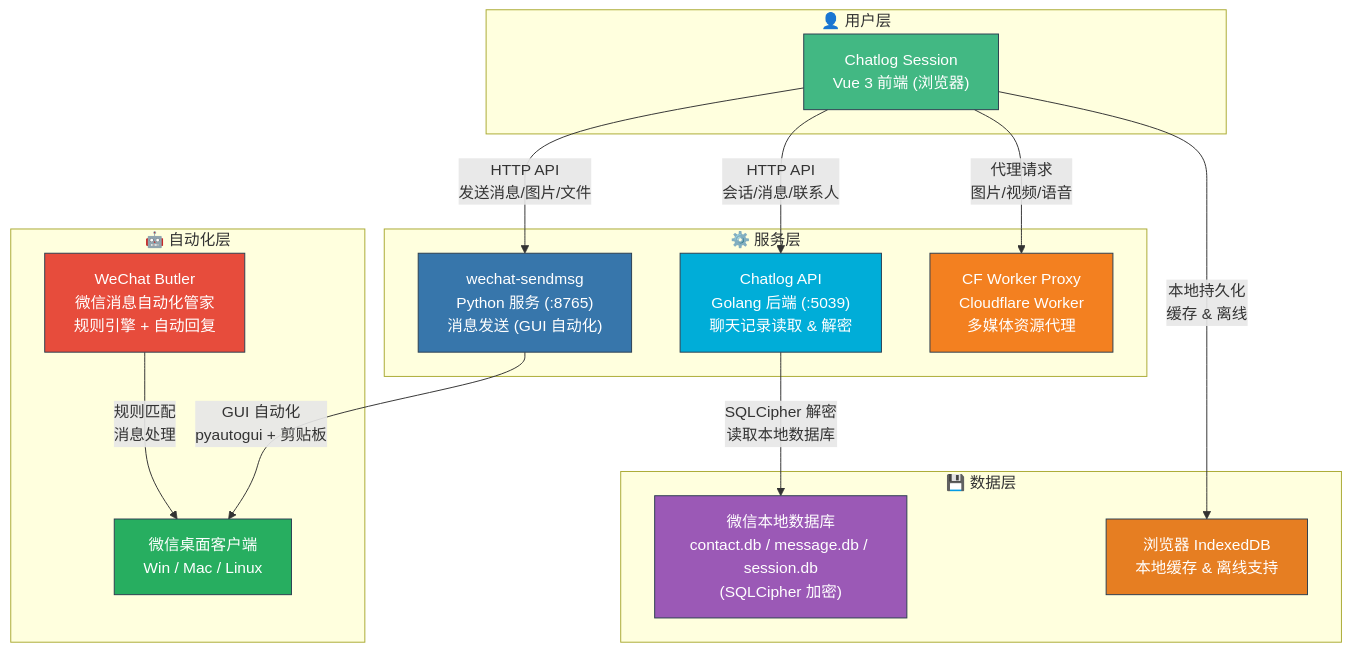
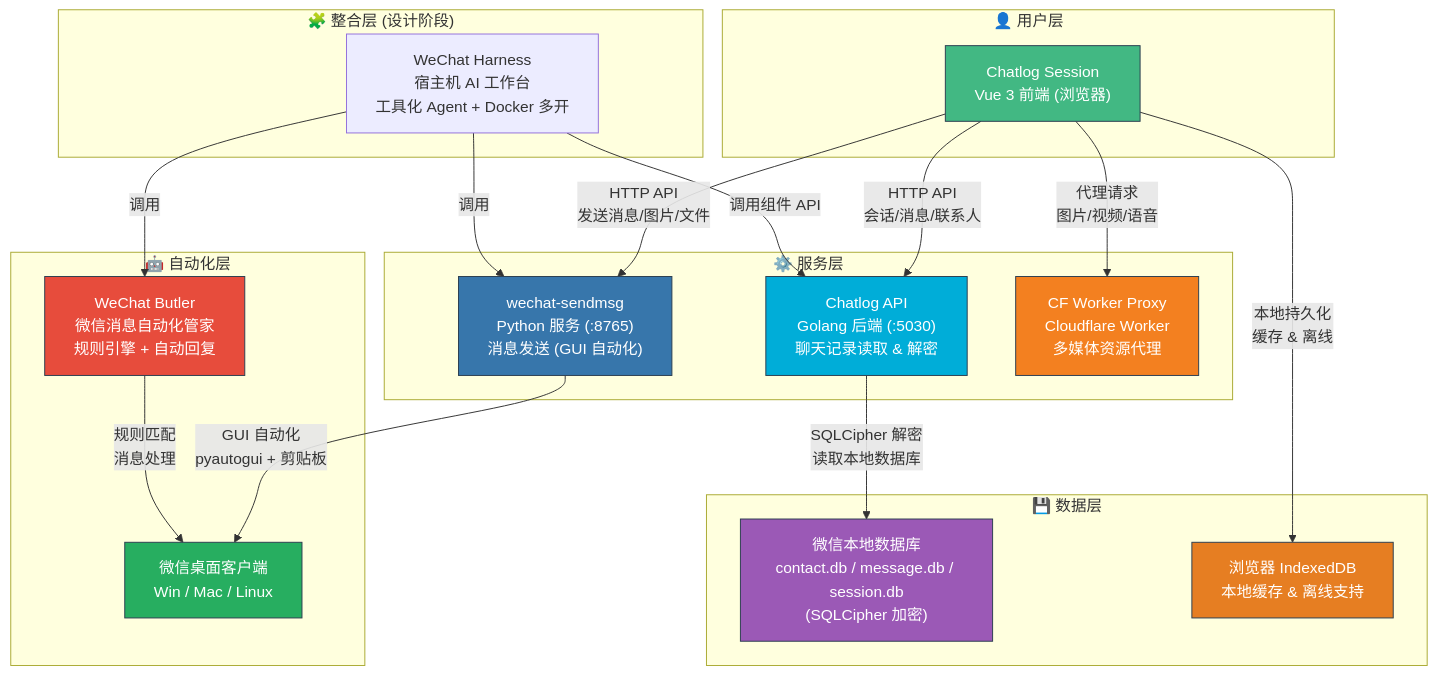
The first of 4 diagrams in docs/README.md (xlight/chatlog-session), drawn with Mermaid before and after one commit. The commit also changed other lines of this file, not shown here.

First line of the commit message:
更新文档索引与架构图

````diff
--- a/docs/README.md
+++ b/docs/README.md
@@ -11,39 +11,46 @@
 ```mermaid
 graph TB
     subgraph 用户层["👤 用户层"]
         Browser["Chatlog Session<br/>Vue 3 前端 (浏览器)"]
     end
 
     subgraph 服务层["⚙️ 服务层"]
-        ChatlogAPI["Chatlog API<br/>Golang 后端 (:5039)<br/>聊天记录读取 & 解密"]
+        ChatlogAPI["Chatlog API<br/>Golang 后端 (:5030)<br/>聊天记录读取 & 解密"]
         SendMsg["wechat-sendmsg<br/>Python 服务 (:8765)<br/>消息发送 (GUI 自动化)"]
         CFWorker["CF Worker Proxy<br/>Cloudflare Worker<br/>多媒体资源代理"]
     end
 
     subgraph 数据层["💾 数据层"]
         WeChatDB["微信本地数据库<br/>contact.db / message.db / session.db<br/>(SQLCipher 加密)"]
         IndexedDB["浏览器 IndexedDB<br/>本地缓存 & 离线支持"]
     end
 
     subgraph 自动化层["🤖 自动化层"]
         Butler["WeChat Butler<br/>微信消息自动化管家<br/>规则引擎 + 自动回复"]
         WeChatClient["微信桌面客户端<br/>Win / Mac / Linux"]
     end
 
+    subgraph 整合层["🧩 整合层 (设计阶段)"]
+        Harness["WeChat Harness<br/>宿主机 AI 工作台<br/>工具化 Agent + Docker 多开"]
+    end
+
     Browser -->|"HTTP API<br/>会话/消息/联系人"| ChatlogAPI
     Browser -->|"HTTP API<br/>发送消息/图片/文件"| SendMsg
     Browser -->|"代理请求<br/>图片/视频/语音"| CFWorker
     ChatlogAPI -->|"SQLCipher 解密<br/>读取本地数据库"| WeChatDB
     SendMsg -->|"GUI 自动化<br/>pyautogui + 剪贴板"| WeChatClient
     Butler -->|"规则匹配<br/>消息处理"| WeChatClient
     Browser -->|"本地持久化<br/>缓存 & 离线"| IndexedDB
+    Harness -->|"调用组件 API"| ChatlogAPI
+    Harness -->|"调用"| SendMsg
+    Harness -->|"调用"| Butler
 
     style Browser fill:#42b883,stroke:#2c3e50,color:#fff
     style ChatlogAPI fill:#00ADD8,stroke:#2c3e50,color:#fff
     style SendMsg fill:#3776AB,stroke:#2c3e50,color:#fff
     style CFWorker fill:#F38020,stroke:#2c3e50,color:#fff
     style WeChatDB fill:#9B59B6,stroke:#2c3e50,color:#fff
     style IndexedDB fill:#E67E22,stroke:#2c3e50,color:#fff
     style Butler fill:#E74C3C,stroke:#2c3e50,color:#fff
     style WeChatClient fill:#27AE60,stroke:#2c3e50,color:#fff
 ```
````
